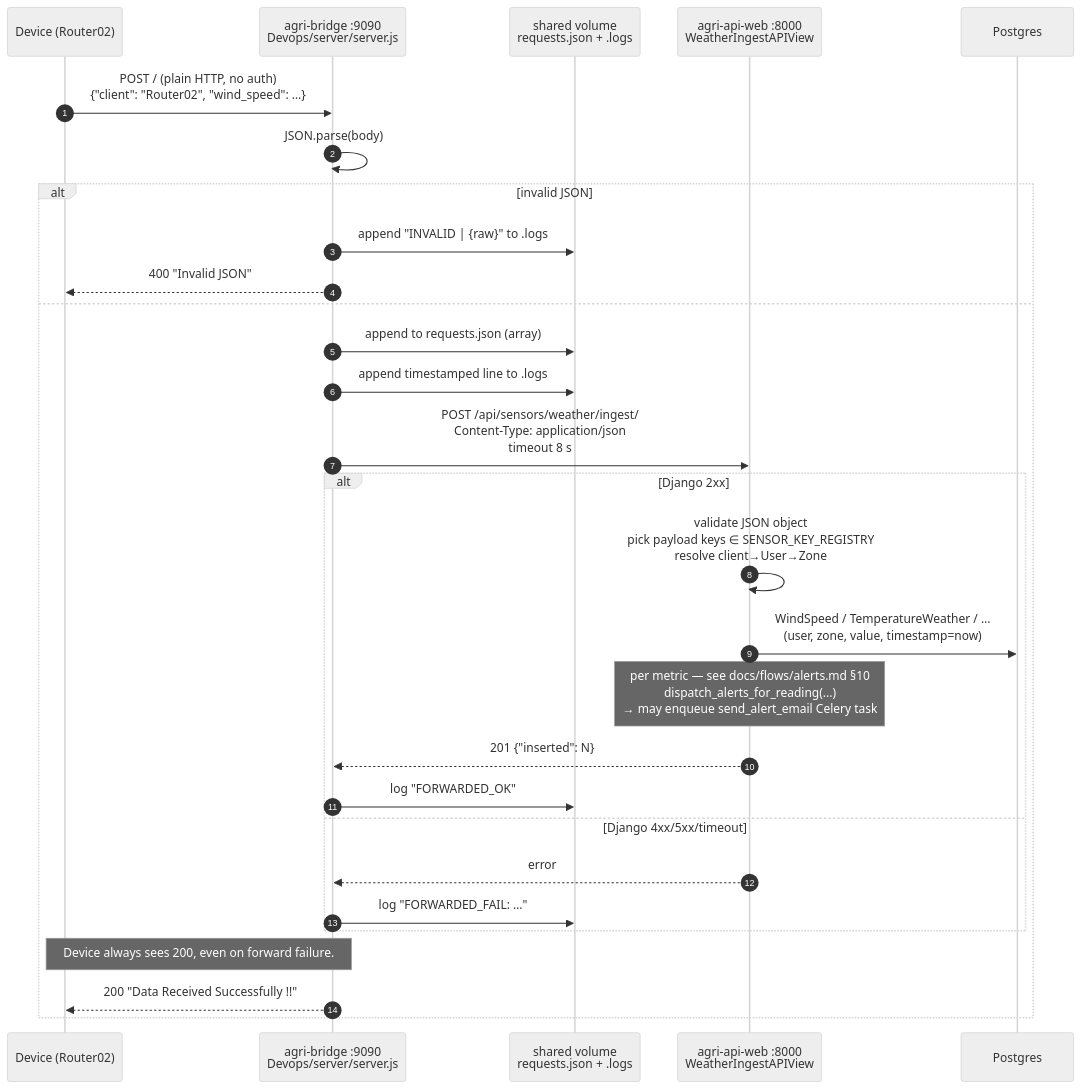
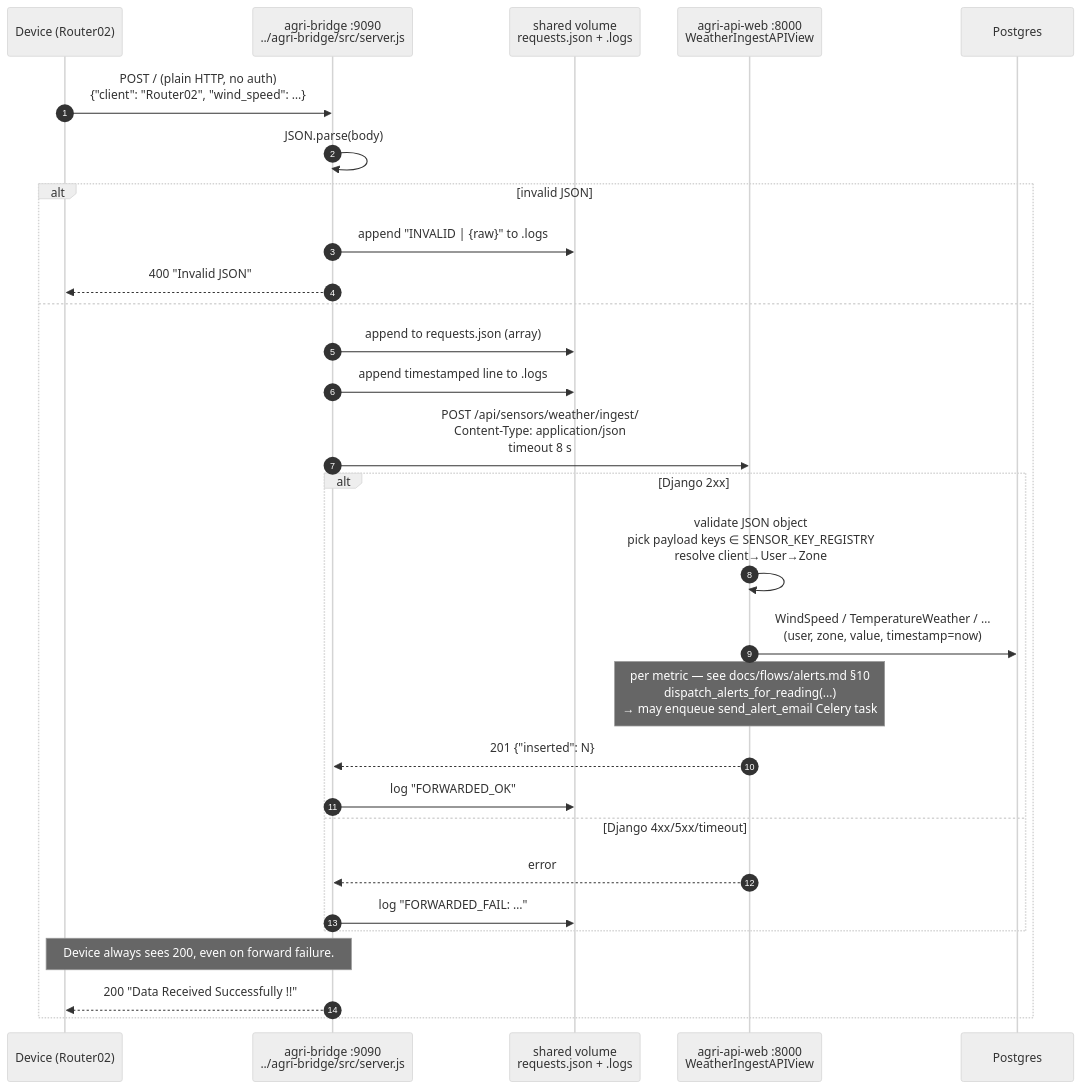
The second of 3 diagrams in docs/flows/data-ingestion.md (AgriLogy/agri-api), drawn with Mermaid (neutral theme) before and after one commit. The commit also changed other lines of this file and 13 other files, not shown here.

First line of the commit message:
chore(bridge): point compose at sibling agri-bridge repo

````diff
--- a/docs/flows/data-ingestion.md
+++ b/docs/flows/data-ingestion.md
@@ -65,32 +65,32 @@
 ```mermaid
 sequenceDiagram
   autonumber
   participant Dev as Device (Router02)
-  participant Node as agri-bridge :9090<br/>Devops/server/server.js
+  participant Node as agri-bridge :9090<br/>../agri-bridge/src/server.js
   participant FS as shared volume<br/>requests.json + .logs
   participant Dj as agri-api-web :8000<br/>WeatherIngestAPIView
   participant PG as Postgres
 
   Dev->>Node: POST / (plain HTTP, no auth)<br/>{"client": "Router02", "wind_speed": …}
   Node->>Node: JSON.parse(body)
   alt invalid JSON
     Node->>FS: append "INVALID | {raw}" to .logs
     Node-->>Dev: 400 "Invalid JSON"
   else
     Node->>FS: append to requests.json (array)
     Node->>FS: append timestamped line to .logs
     Node->>Dj: POST /api/sensors/weather/ingest/<br/>Content-Type: application/json<br/>timeout 8 s
     alt Django 2xx
       Dj->>Dj: validate JSON object<br/>pick payload keys ∈ SENSOR_KEY_REGISTRY<br/>resolve client→User→Zone
       Dj->>PG: WindSpeed / TemperatureWeather / …<br/>(user, zone, value, timestamp=now)
       Note over Dj: per metric — see docs/flows/alerts.md §10<br/>dispatch_alerts_for_reading(...)<br/>→ may enqueue send_alert_email Celery task
       Dj-->>Node: 201 {"inserted": N}
       Node->>FS: log "FORWARDED_OK"
     else Django 4xx/5xx/timeout
       Dj-->>Node: error
       Node->>FS: log "FORWARDED_FAIL: …"
     end
     Note over Node,Dev: Device always sees 200, even on forward failure.
     Node-->>Dev: 200 "Data Received Successfully !!"
   end
 ```
````
